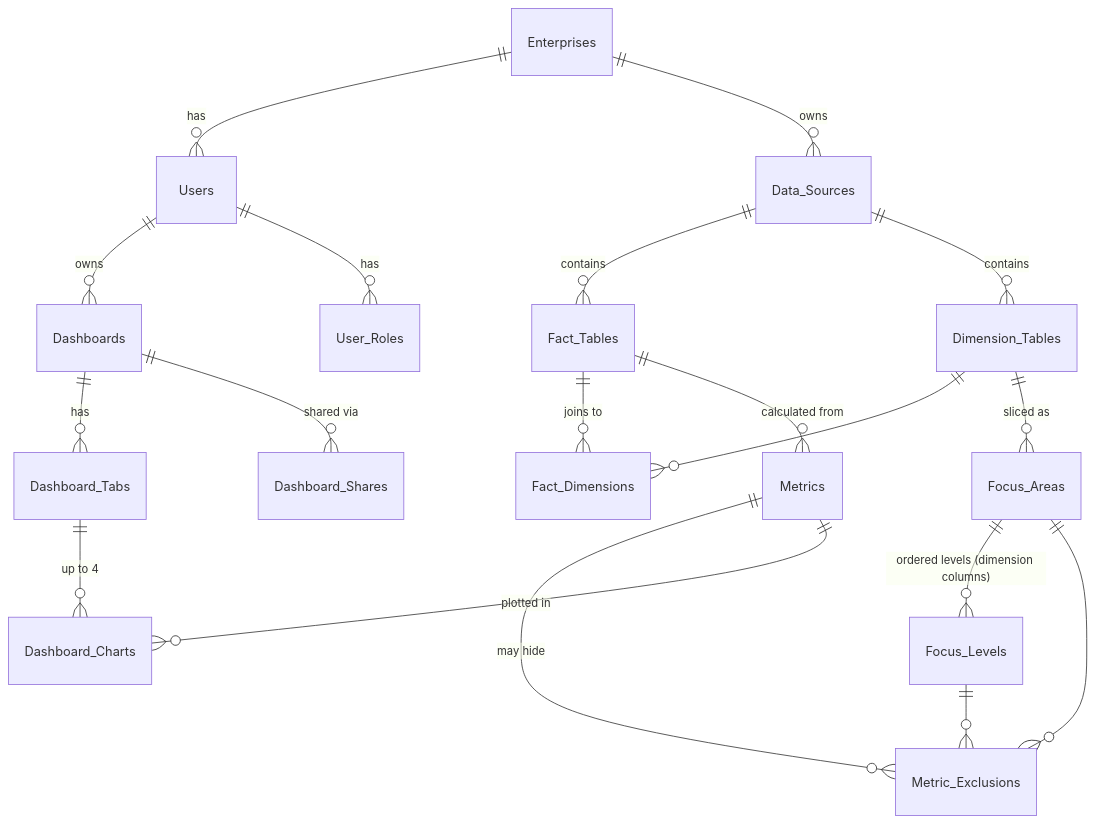
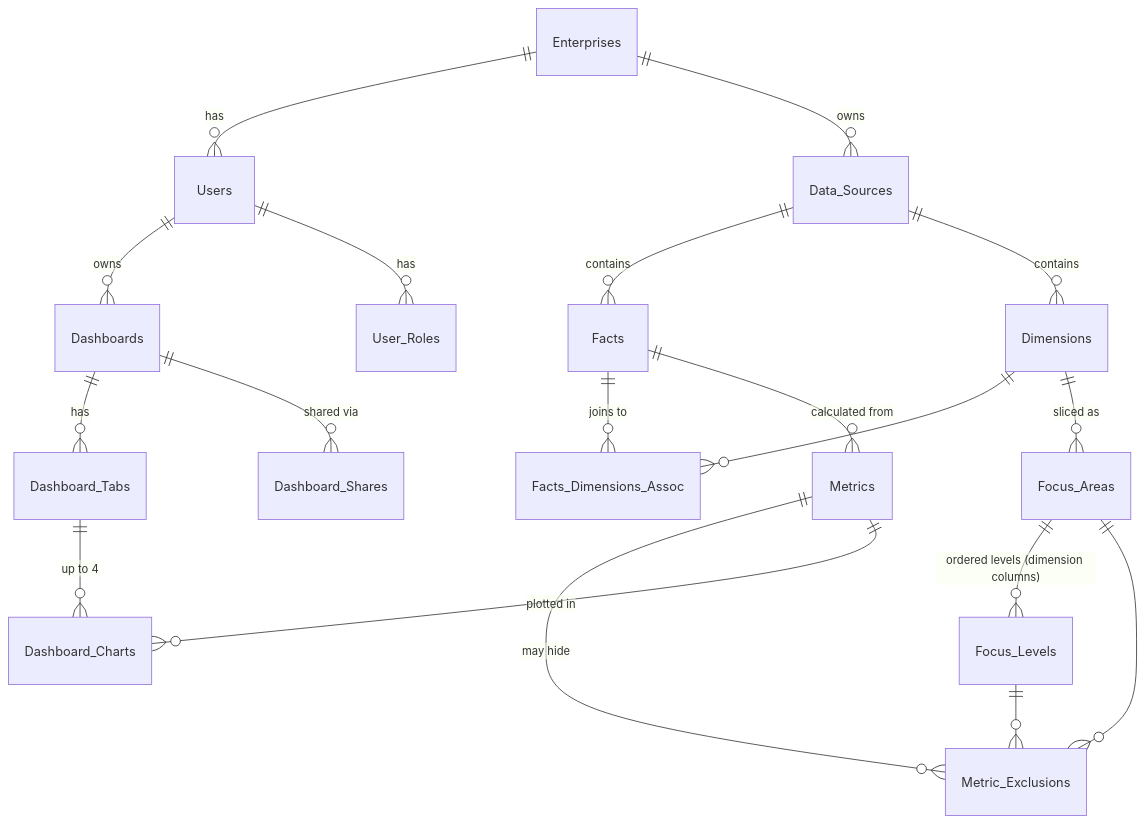
The third of 4 diagrams in REST/docs/OVERVIEW.md (mjshoemake/prism), drawn with Mermaid before and after one commit. The commit also changed other lines of this file and 3 other files, not shown here.

````diff
--- a/REST/docs/OVERVIEW.md
+++ b/REST/docs/OVERVIEW.md
@@ -180,21 +180,21 @@
 ```mermaid
 erDiagram
     Enterprises ||--o{ Users : has
     Enterprises ||--o{ Data_Sources : owns
-    Data_Sources ||--o{ Fact_Tables : contains
-    Data_Sources ||--o{ Dimension_Tables : contains
-    Fact_Tables ||--o{ Fact_Dimensions : "joins to"
-    Dimension_Tables ||--o{ Fact_Dimensions : ""
-    Fact_Tables ||--o{ Metrics : "calculated from"
-    Dimension_Tables ||--o{ Focus_Areas : "sliced as"
+    Data_Sources ||--o{ Facts : contains
+    Data_Sources ||--o{ Dimensions : contains
+    Facts ||--o{ Facts_Dimensions_Assoc : "joins to"
+    Dimensions ||--o{ Facts_Dimensions_Assoc : ""
+    Facts ||--o{ Metrics : "calculated from"
+    Dimensions ||--o{ Focus_Areas : "sliced as"
     Focus_Areas ||--o{ Focus_Levels : "ordered levels (dimension columns)"
     Metrics ||--o{ Metric_Exclusions : "may hide"
     Focus_Areas ||--o{ Metric_Exclusions : ""
     Focus_Levels ||--o{ Metric_Exclusions : ""
     Users ||--o{ Dashboards : owns
     Dashboards ||--o{ Dashboard_Tabs : has
     Dashboard_Tabs ||--o{ Dashboard_Charts : "up to 4"
     Metrics ||--o{ Dashboard_Charts : "plotted in"
     Dashboards ||--o{ Dashboard_Shares : "shared via"
     Users ||--o{ User_Roles : has
 ```
````
